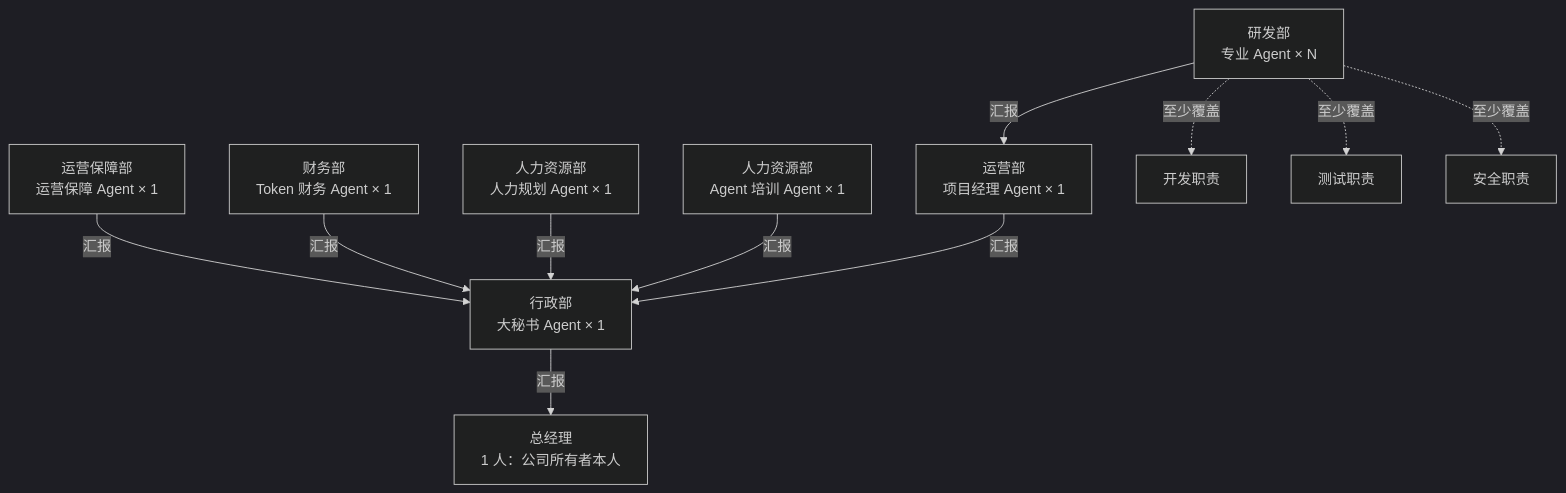
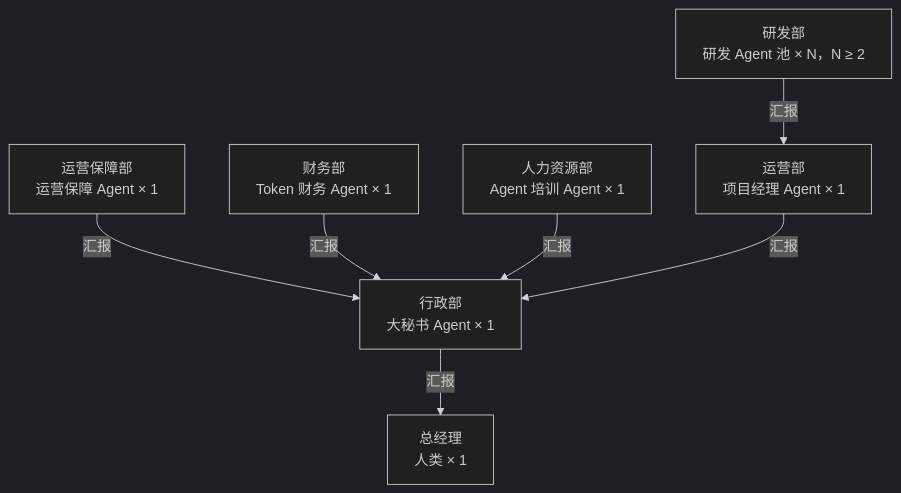
Before and after one commit to DuanYuFi/pi: the diagram in packages/company/docs/ORGANIZATION.md, drawn with Mermaid (dark theme). The commit also changed other lines of this file and 6 other files, not shown here.

````diff
--- a/packages/company/docs/ORGANIZATION.md
+++ b/packages/company/docs/ORGANIZATION.md
@@ -14,26 +14,17 @@
 ```mermaid
 flowchart TD
-    GM["总经理<br/>1 人：公司所有者本人"]
+    GM["总经理<br/>人类 × 1"]
     SEC["行政部<br/>大秘书 Agent × 1"]
-    OPS_SUPPORT["运营保障部<br/>运营保障 Agent × 1"]
+    OPS["运营保障部<br/>运营保障 Agent × 1"]
     FIN["财务部<br/>Token 财务 Agent × 1"]
-    HR_PLAN["人力资源部<br/>人力规划 Agent × 1"]
-    HR_TRAIN["人力资源部<br/>Agent 培训 Agent × 1"]
+    HR["人力资源部<br/>Agent 培训 Agent × 1"]
     PM["运营部<br/>项目经理 Agent × 1"]
-    RD["研发部<br/>专业 Agent × N"]
-    DEV["开发职责"]
-    TEST["测试职责"]
-    SEC_ROLE["安全职责"]
+    ENG["研发部<br/>研发 Agent 池 × N，N ≥ 2"]
 
     SEC -->|汇报| GM
-    OPS_SUPPORT -->|汇报| SEC
+    OPS -->|汇报| SEC
     FIN -->|汇报| SEC
-    HR_PLAN -->|汇报| SEC
-    HR_TRAIN -->|汇报| SEC
+    HR -->|汇报| SEC
     PM -->|汇报| SEC
-    RD -->|汇报| PM
-
-    RD -.至少覆盖.-> DEV
-    RD -.至少覆盖.-> TEST
-    RD -.至少覆盖.-> SEC_ROLE
+    ENG -->|汇报| PM
 ```
````
